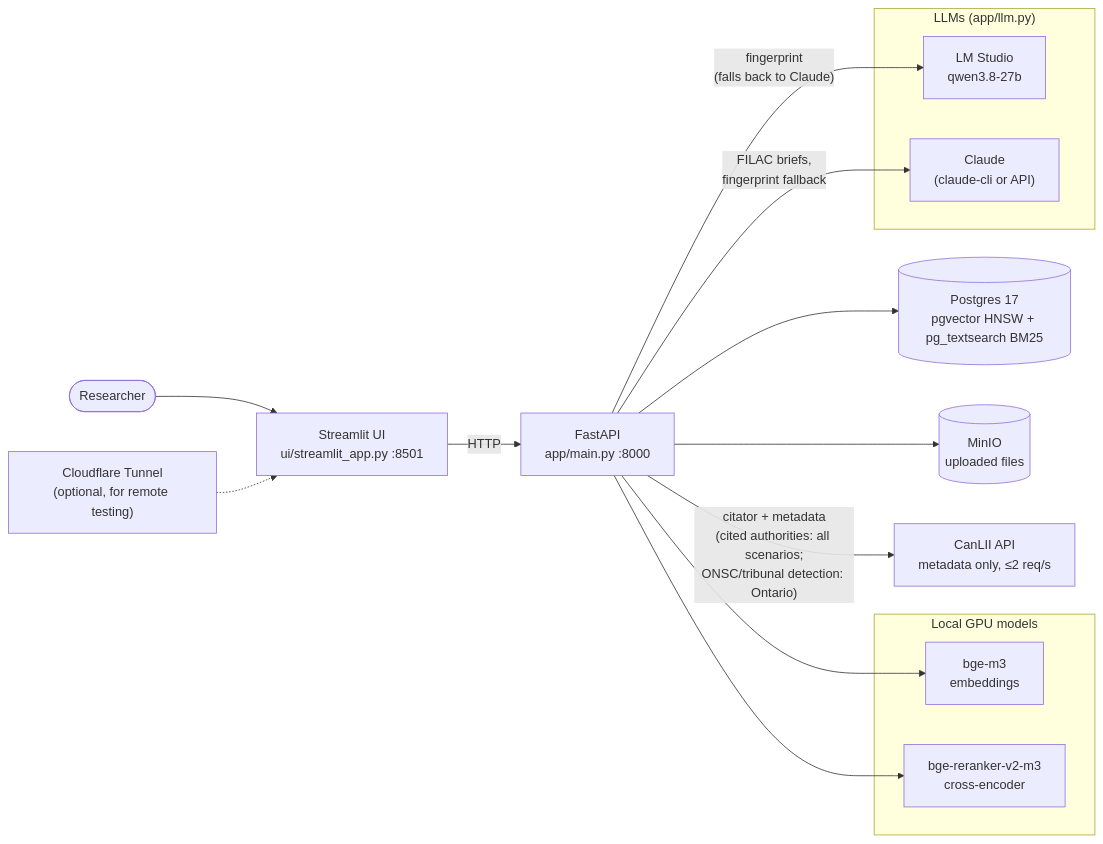
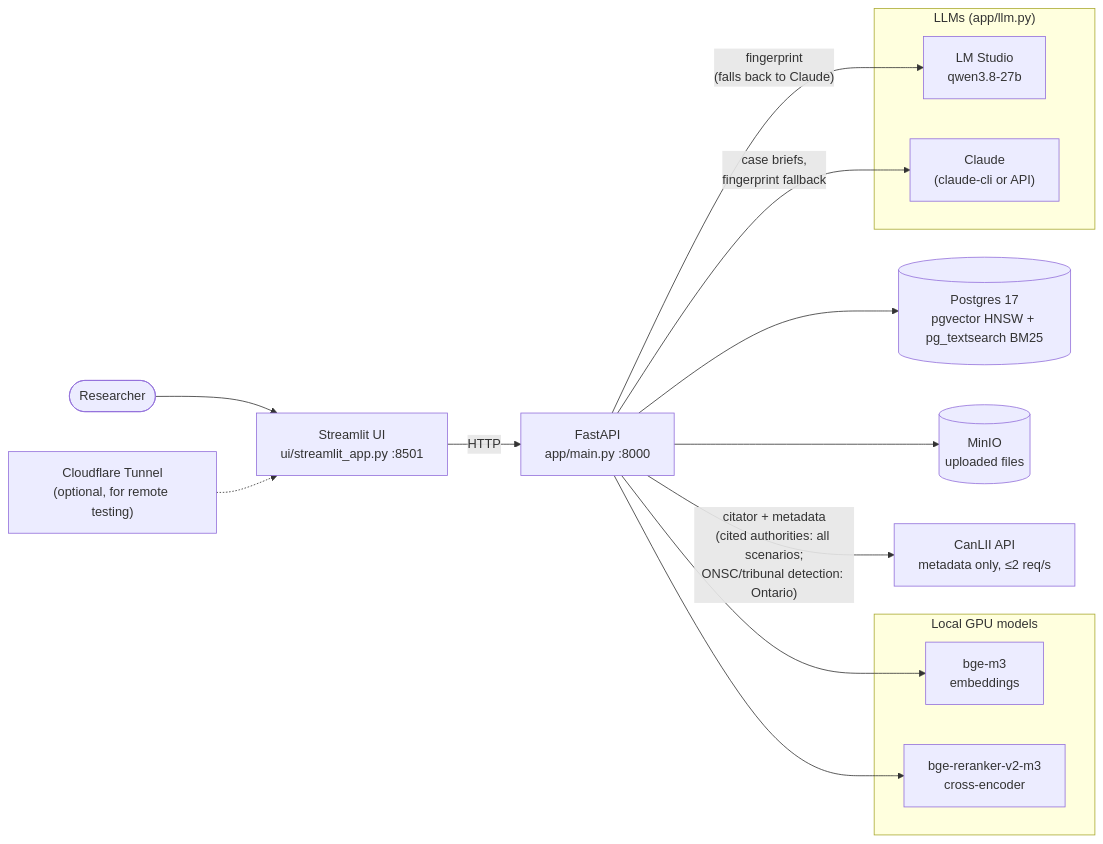
One commit to Kevinwen1999/LawSearch changed the first of 3 diagrams in README.md. Above: the diagram before and after it, drawn with Mermaid. The commit also changed other lines of this file and 19 other files, not shown here.

First line of the commit message:
Replace FILAC briefs with slide-format case briefs; add Case brief page

````diff
--- a/README.md
+++ b/README.md
@@ -11,23 +11,23 @@
 ```mermaid
 flowchart LR
     user(["Researcher"]) --> ui["Streamlit UI<br/>ui/streamlit_app.py :8501"]
     tunnel["Cloudflare Tunnel<br/>(optional, for remote testing)"] -.-> ui
     ui -- HTTP --> api["FastAPI<br/>app/main.py :8000"]
 
     subgraph gpu["Local GPU models"]
         emb["bge-m3<br/>embeddings"]
         rr["bge-reranker-v2-m3<br/>cross-encoder"]
     end
 
     subgraph llm["LLMs (app/llm.py)"]
         local["LM Studio<br/>qwen3.8-27b"]
         claude["Claude<br/>(claude-cli or API)"]
     end
 
     api --> emb & rr
     api -- "fingerprint<br/>(falls back to Claude)" --> local
-    api -- "FILAC briefs,<br/>fingerprint fallback" --> claude
+    api -- "case briefs,<br/>fingerprint fallback" --> claude
     api --> pg[("Postgres 17<br/>pgvector HNSW + pg_textsearch BM25")]
     api --> minio[("MinIO<br/>uploaded files")]
     api -- "citator + metadata<br/>(cited authorities: all scenarios;<br/>ONSC/tribunal detection: Ontario)" --> canlii["CanLII API<br/>metadata only, ≤2 req/s"]
 ```
````
